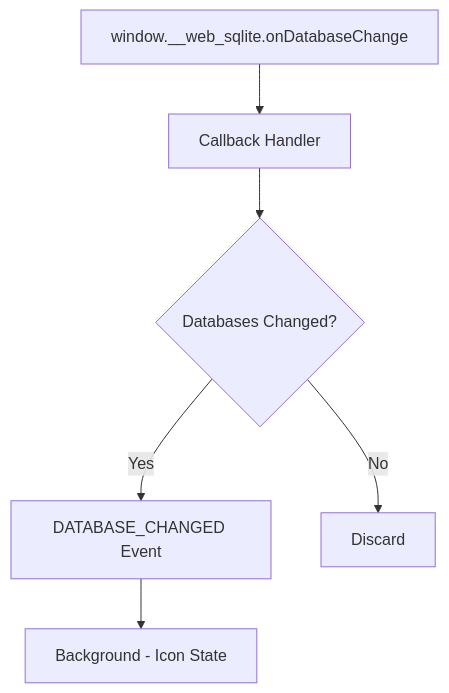
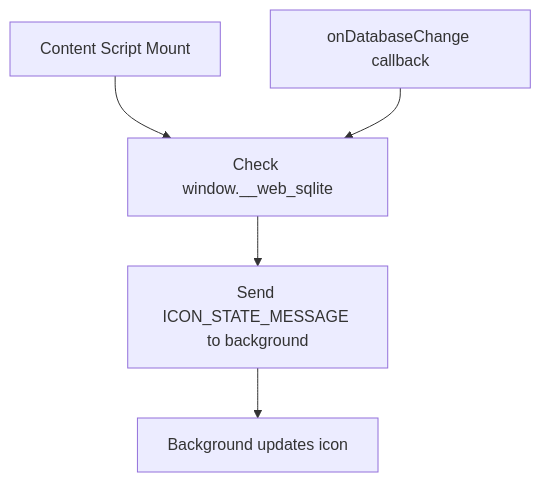
One commit to wuchuheng/web-sqlite-js-devtools changed the diagram in agent-docs/05-design/03-modules/content-script-proxy.md. Above: the diagram before and after it, drawn with Mermaid. The commit also changed other lines of this file and 33 other files, not shown here.

````diff
--- a/agent-docs/05-design/03-modules/content-script-proxy.md
+++ b/agent-docs/05-design/03-modules/content-script-proxy.md
@@ -103,8 +41,7 @@
 ```mermaid
 flowchart TD
-    API[window.__web_sqlite.onDatabaseChange] --> CB[Callback Handler]
-    CB --> Check{Databases Changed?}
-    Check -->|Yes| E[DATABASE_CHANGED Event]
-    E --> BG[Background - Icon State]
-    Check -->|No| X[Discard]
+    M[Content Script Mount] --> C[Check window.__web_sqlite]
+    C --> S[Send ICON_STATE_MESSAGE to background]
+    S --> I[Background updates icon]
+    D[onDatabaseChange callback] --> C
 ```
````
